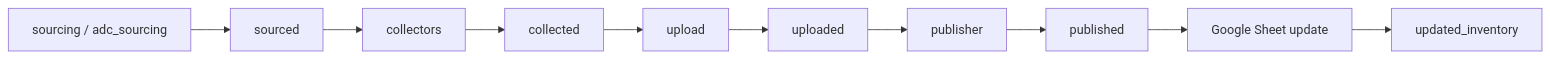
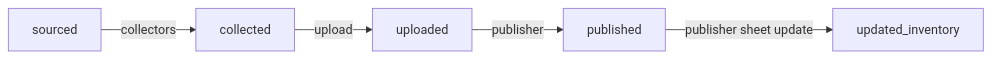
One commit to mkraley/DRPPipeline changed the first of 6 diagrams in docs/Status.md. Above: the diagram before and after it, drawn with Mermaid. The commit also changed other lines of this file, not shown here.

Commit message:
fixed happy path diagram

````diff
--- a/docs/Status.md
+++ b/docs/Status.md
@@ -17,12 +19,7 @@
 ```mermaid
 flowchart LR
-  sourcing["sourcing / adc_sourcing"] --> sourced
-  sourced --> collectors["collectors"]
-  collectors --> collected
-  collected --> upload
-  upload --> uploaded
-  uploaded --> publisher
-  publisher --> published
-  published --> sheet["Google Sheet update"]
-  sheet --> updated_inventory
+  sourced -->|collectors| collected
+  collected -->|upload| uploaded
+  uploaded -->|publisher| published
+  published -->|publisher sheet update| updated_inventory
 ```
````
